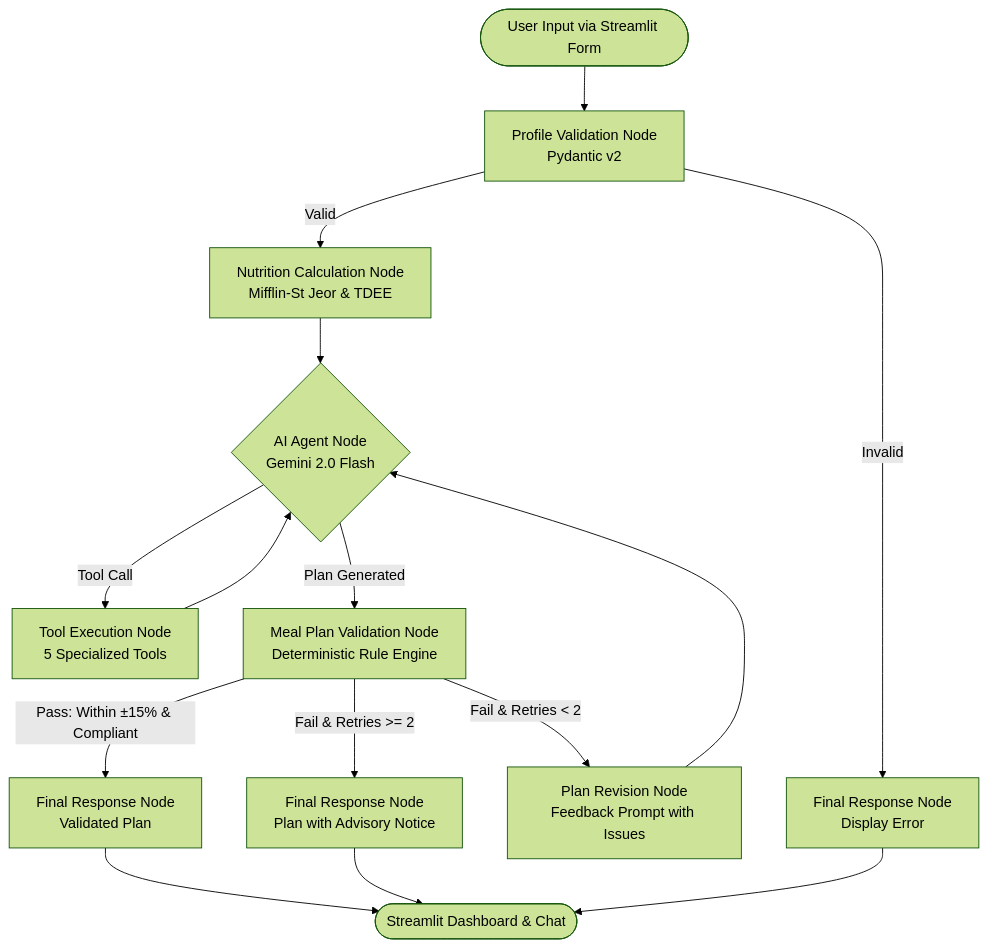
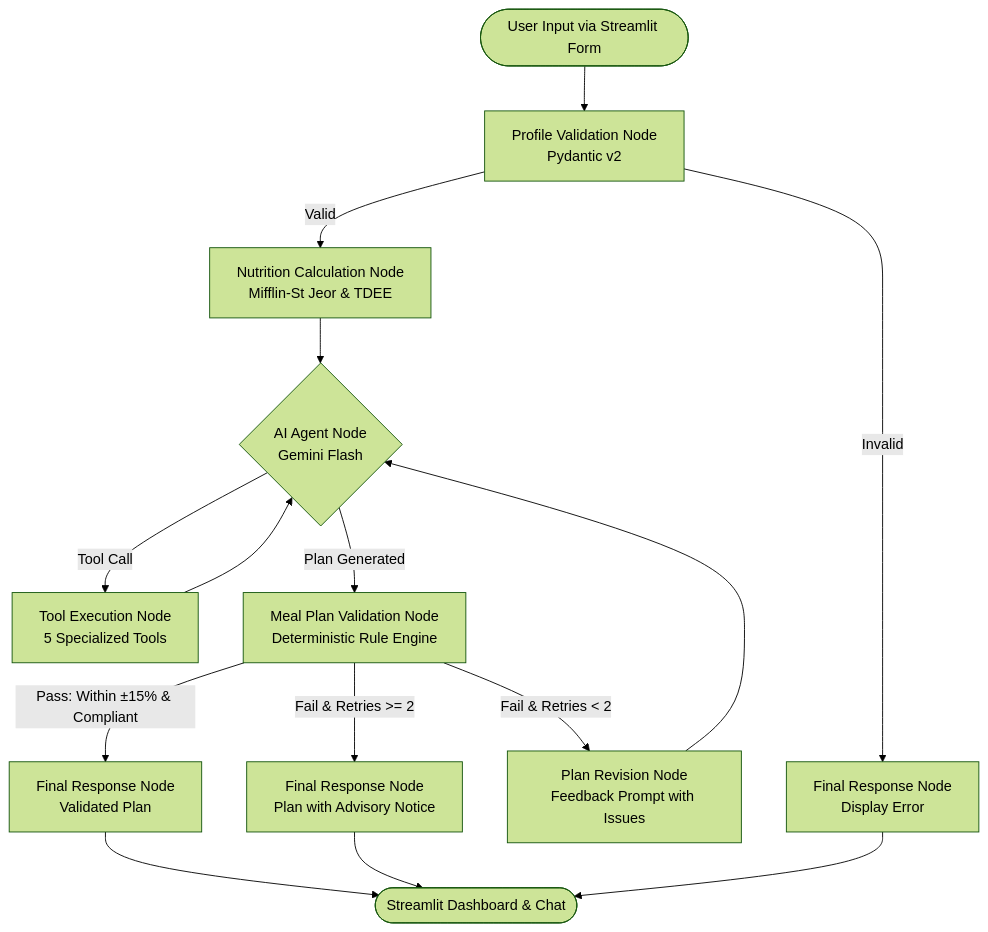
The diagram in README.md (MatamDarshan/Food-and-Nutrition-Planning-Agent), drawn with Mermaid (forest theme) before and after one commit. The commit also changed other lines of this file and 34 other files, not shown here.

````diff
--- a/README.md
+++ b/README.md
@@ -49,22 +49,22 @@
 ```mermaid
 flowchart TD
     A([User Input via Streamlit Form]) --> B[Profile Validation Node\nPydantic v2]
     B -->|Valid| C[Nutrition Calculation Node\nMifflin-St Jeor & TDEE]
     B -->|Invalid| Z[Final Response Node\nDisplay Error]
     
-    C --> D{AI Agent Node\nGemini 2.0 Flash}
+    C --> D{AI Agent Node\nGemini Flash}
     
     D -->|Tool Call| E[Tool Execution Node\n5 Specialized Tools]
     E --> D
     
     D -->|Plan Generated| F[Meal Plan Validation Node\nDeterministic Rule Engine]
     
     F -->|Pass: Within ±15% & Compliant| G[Final Response Node\nValidated Plan]
     F -->|Fail & Retries < 2| H[Plan Revision Node\nFeedback Prompt with Issues]
     H --> D
     F -->|Fail & Retries >= 2| I[Final Response Node\nPlan with Advisory Notice]
     
     G --> J([Streamlit Dashboard & Chat])
     I --> J
     Z --> J
 ```
````
